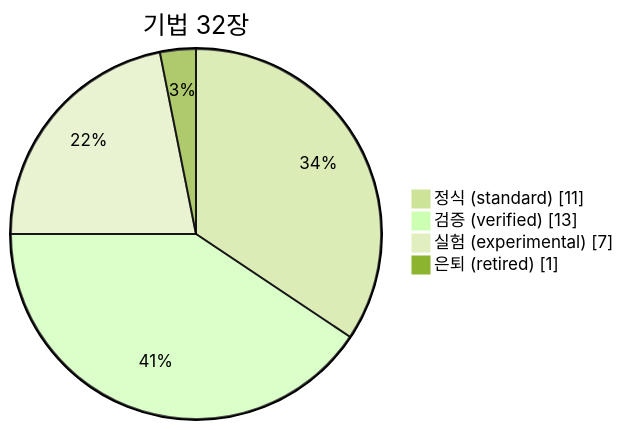
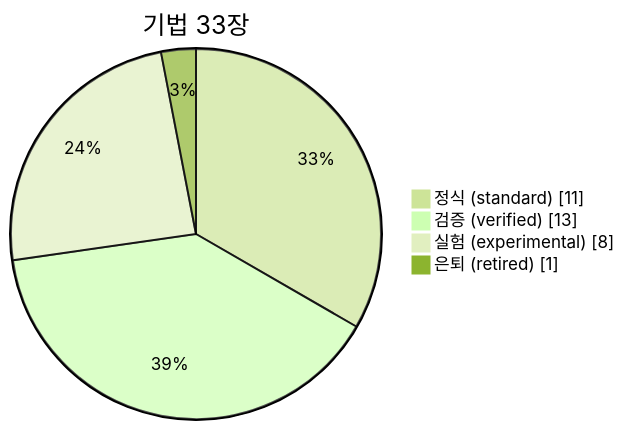
Before and after one commit to csbakk/clone-kb: the diagram in README.md, drawn with Mermaid (forest theme). The commit also changed other lines of this file and 3 other files, not shown here.

````diff
--- a/README.md
+++ b/README.md
@@ -24,8 +24,8 @@
 ```mermaid
 pie showData
-    title 기법 32장
+    title 기법 33장
     "정식 (standard)" : 11
     "검증 (verified)" : 13
-    "실험 (experimental)" : 7
+    "실험 (experimental)" : 8
     "은퇴 (retired)" : 1
 ```
````
